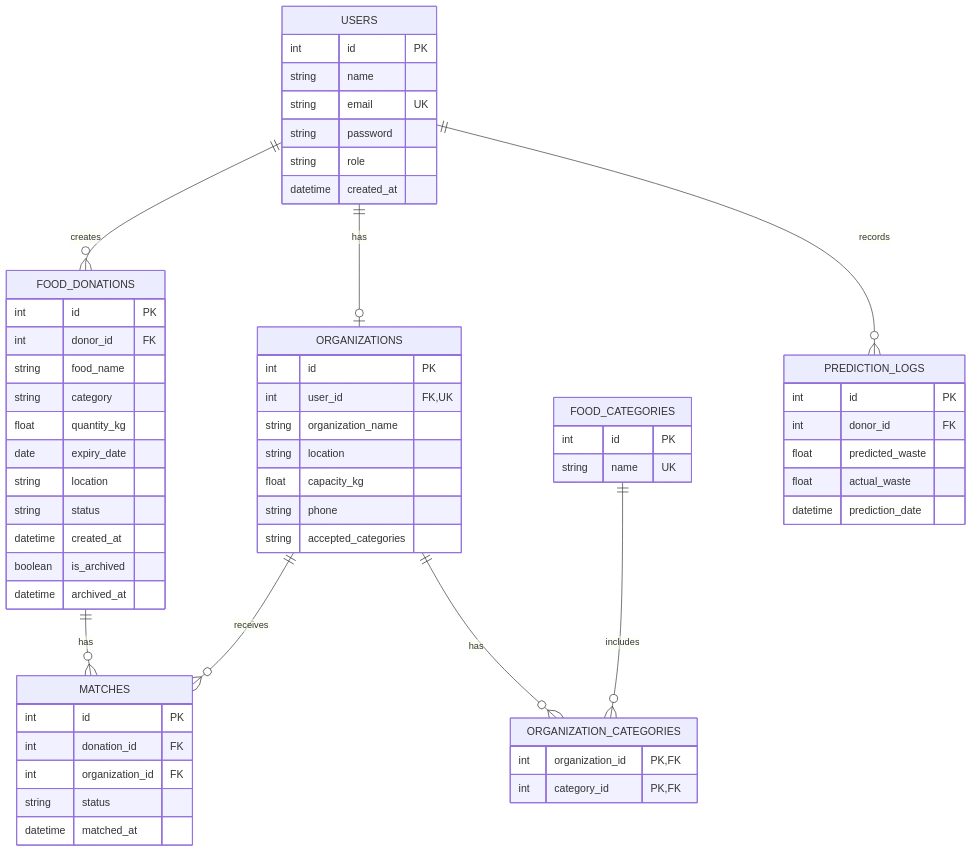
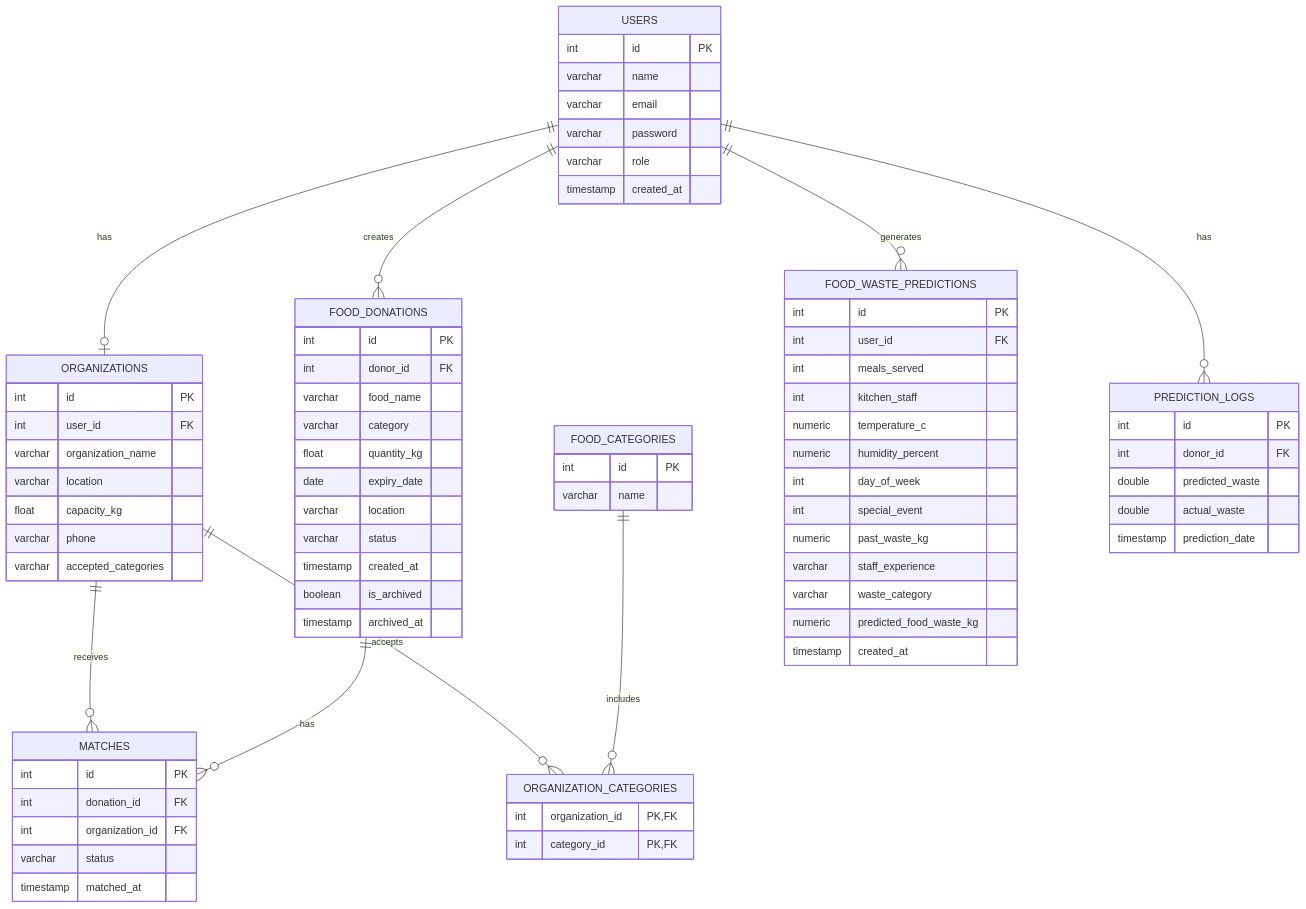
The first of 2 diagrams in README.md (cavid-isgender/FoodSave), drawn with Mermaid before and after one commit. The commit also changed other lines of this file, not shown here.

````diff
--- a/README.md
+++ b/README.md
@@ -210,27 +210,28 @@
 ```mermaid
+  
 erDiagram
     USERS {
         int id PK
-        string name
-        string email UK
-        string password
-        string role
-        datetime created_at
+        varchar name
+        varchar email
+        varchar password
+        varchar role
+        timestamp created_at
     }
 
     ORGANIZATIONS {
         int id PK
-        int user_id FK, UK
-        string organization_name
-        string location
+        int user_id FK
+        varchar organization_name
+        varchar location
         float capacity_kg
-        string phone
-        string accepted_categories
+        varchar phone
+        varchar accepted_categories
     }
 
     FOOD_CATEGORIES {
         int id PK
-        string name UK
+        varchar name
     }
 
     ORGANIZATION_CATEGORIES {
@@ -241,40 +242,56 @@
     FOOD_DONATIONS {
         int id PK
         int donor_id FK
-        string food_name
-        string category
+        varchar food_name
+        varchar category
         float quantity_kg
         date expiry_date
-        string location
-        string status
-        datetime created_at
+        varchar location
+        varchar status
+        timestamp created_at
         boolean is_archived
-        datetime archived_at
+        timestamp archived_at
     }
 
     MATCHES {
         int id PK
         int donation_id FK
         int organization_id FK
-        string status
-        datetime matched_at
+        varchar status
+        timestamp matched_at
+    }
+
+    FOOD_WASTE_PREDICTIONS {
+        int id PK
+        int user_id FK
+        int meals_served
+        int kitchen_staff
+        numeric temperature_c
+        numeric humidity_percent
+        int day_of_week
+        int special_event
+        numeric past_waste_kg
+        varchar staff_experience
+        varchar waste_category
+        numeric predicted_food_waste_kg
+        timestamp created_at
     }
 
     PREDICTION_LOGS {
         int id PK
         int donor_id FK
-        float predicted_waste
-        float actual_waste
-        datetime prediction_date
+        double predicted_waste
+        double actual_waste
+        timestamp prediction_date
     }
 
     USERS ||--o| ORGANIZATIONS : has
     USERS ||--o{ FOOD_DONATIONS : creates
-    USERS ||--o{ PREDICTION_LOGS : records
+    USERS ||--o{ FOOD_WASTE_PREDICTIONS : generates
+    USERS ||--o{ PREDICTION_LOGS : has
+    ORGANIZATIONS ||--o{ MATCHES : receives
+    FOOD_DONATIONS ||--o{ MATCHES : has
+    ORGANIZATIONS ||--o{ ORGANIZATION_CATEGORIES : accepts
+    FOOD_CATEGORIES ||--o{ ORGANIZATION_CATEGORIES : includes
 
-    FOOD_DONATIONS ||--o{ MATCHES : has
-    ORGANIZATIONS ||--o{ MATCHES : receives
-
-    ORGANIZATIONS ||--o{ ORGANIZATION_CATEGORIES : has
-    FOOD_CATEGORIES ||--o{ ORGANIZATION_CATEGORIES : includes
 ```
````
